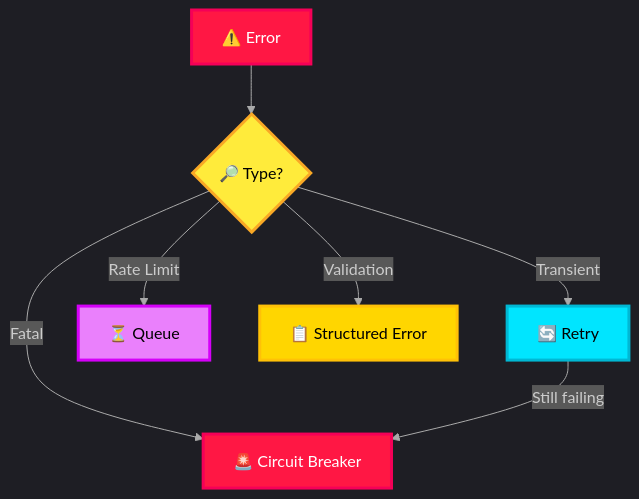
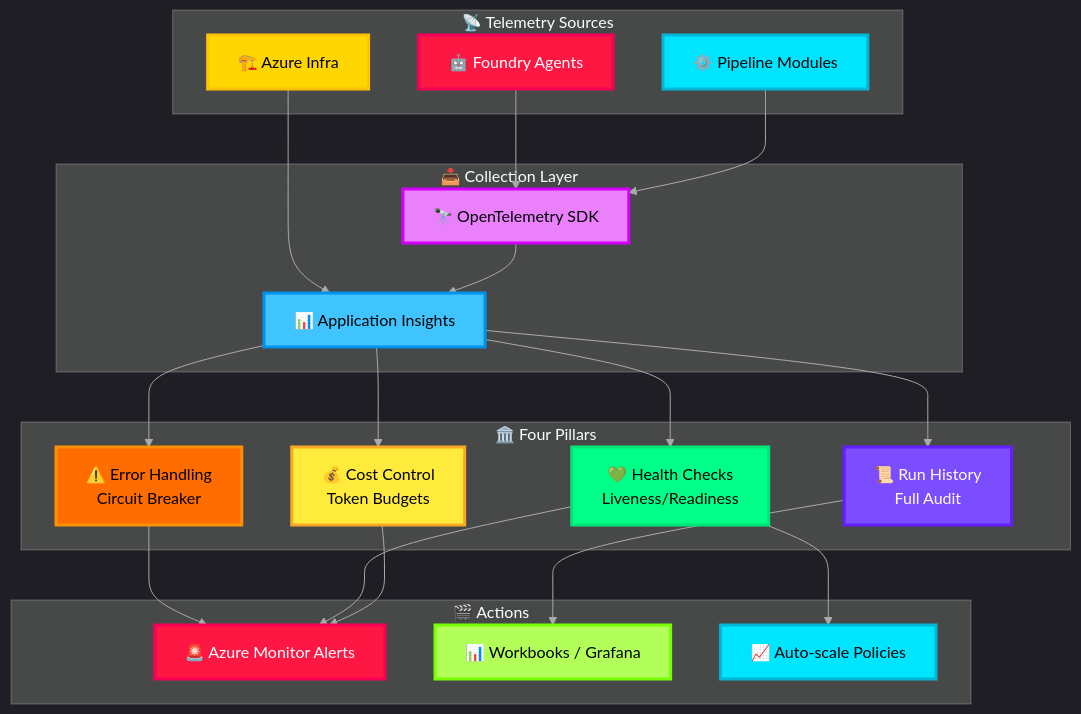
The diagram in docs/13-observability-control.md (thanhauco/agentic-ai-icm-system), drawn with Mermaid before and after one commit. The commit also changed other lines of this file and 1 other file, not shown here.

````diff
--- a/docs/13-observability-control.md
+++ b/docs/13-observability-control.md
@@ -18,17 +9,51 @@
 ```mermaid
 %%{init: {'theme': 'dark', 'themeVariables': {'lineColor': '#AAAAAA'}}}%%
 graph TD
-    A["⚠️ Error"] --> B{"🔎 Type?"}
-    B -->|Transient| C["🔄 Retry"]
-    B -->|Rate Limit| D["⏳ Queue"]
-    B -->|Validation| E["📋 Structured Error"]
-    B -->|Fatal| F["🚨 Circuit Breaker"]
-    C -->|Still failing| F
+    subgraph Sources ["📡 Telemetry Sources"]
+        Agents["🤖 Foundry Agents"]
+        Modules["⚙️ Pipeline Modules"]
+        Infra["🏗️ Azure Infra"]
+    end
+    subgraph Collection ["📥 Collection Layer"]
+        OTel["🔭 OpenTelemetry SDK"]
+        AppIns["📊 Application Insights"]
+    end
+    subgraph Pillars ["🏛️ Four Pillars"]
+        EH["⚠️ Error Handling<br>Circuit Breaker"]
+        RH["📜 Run History<br>Full Audit"]
+        HC["💚 Health Checks<br>Liveness/Readiness"]
+        CC["💰 Cost Control<br>Token Budgets"]
+    end
+    subgraph Actions ["🎬 Actions"]
+        Alerts["🚨 Azure Monitor Alerts"]
+        Dashboard["📊 Workbooks / Grafana"]
+        AutoScale["📈 Auto-scale Policies"]
+    end
 
-    style A fill:#FF1744,stroke:#F50057,stroke-width:3px,color:#fff
-    style B fill:#FFEB3B,stroke:#F9A825,stroke-width:3px,color:#000
-    style C fill:#00E5FF,stroke:#00B8D4,stroke-width:3px,color:#000
-    style D fill:#EA80FC,stroke:#D500F9,stroke-width:3px,color:#000
-    style E fill:#FFD600,stroke:#FFC107,stroke-width:3px,color:#000
-    style F fill:#FF1744,stroke:#F50057,stroke-width:3px,color:#fff
+    Agents --> OTel
+    Modules --> OTel
+    Infra --> AppIns
+    OTel --> AppIns
+    AppIns --> EH
+    AppIns --> RH
+    AppIns --> HC
+    AppIns --> CC
+    EH --> Alerts
+    HC --> Alerts
+    CC --> Alerts
+    RH --> Dashboard
+    HC --> AutoScale
+
+    style Agents fill:#FF1744,stroke:#F50057,stroke-width:3px,color:#fff
+    style Modules fill:#00E5FF,stroke:#00B8D4,stroke-width:3px,color:#000
+    style Infra fill:#FFD600,stroke:#FFC107,stroke-width:3px,color:#000
+    style OTel fill:#EA80FC,stroke:#D500F9,stroke-width:3px,color:#000
+    style AppIns fill:#40C4FF,stroke:#0091EA,stroke-width:3px,color:#000
+    style EH fill:#FF6D00,stroke:#FF9100,stroke-width:3px,color:#000
+    style RH fill:#7C4DFF,stroke:#651FFF,stroke-width:3px,color:#fff
+    style HC fill:#00FF88,stroke:#00E676,stroke-width:3px,color:#000
+    style CC fill:#FFEB3B,stroke:#F9A825,stroke-width:3px,color:#000
+    style Alerts fill:#FF1744,stroke:#F50057,stroke-width:3px,color:#fff
+    style Dashboard fill:#B2FF59,stroke:#76FF03,stroke-width:3px,color:#000
+    style AutoScale fill:#00E5FF,stroke:#00B8D4,stroke-width:3px,color:#000
 ```
````
